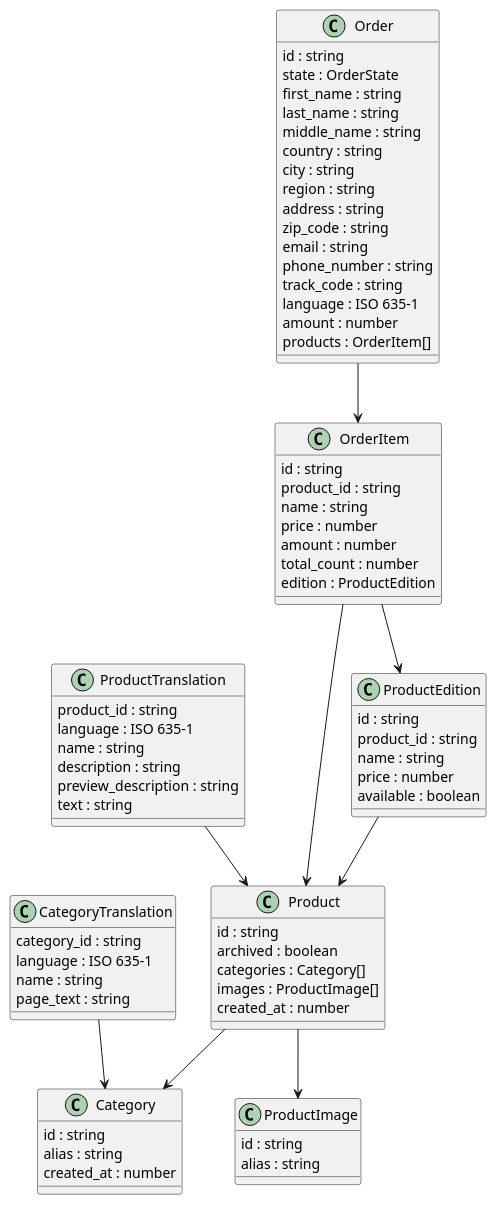
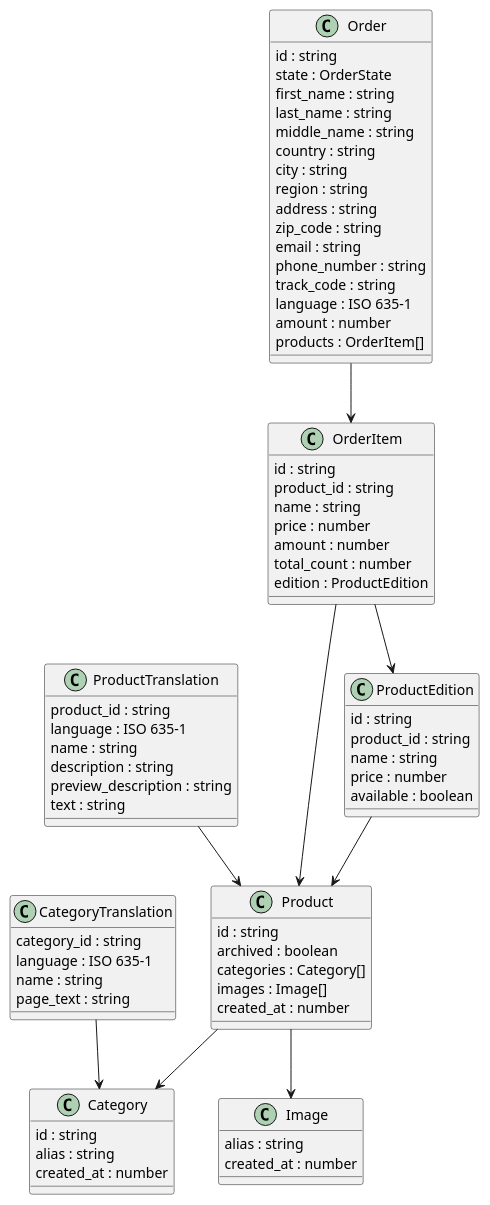
The diagram in docs/models.puml (async-devil/coffee-e-shop), drawn with PlantUML before and after one commit.

Commit message:
feat: update models doc

```diff
--- a/docs/models.puml
+++ b/docs/models.puml
@@ -1,83 +1,83 @@
 @startuml models
 
 class Product {
   id : string
   archived : boolean
   categories : Category[]
-  images : ProductImage[]
+  images : Image[]
   created_at : number
 }
 Product --> Category
-Product --> ProductImage
+Product --> Image
 
 class ProductTranslation {
   product_id : string
   language : ISO 635-1
   name : string
   description : string
   preview_description : string
   text : string
 }
 ProductTranslation --> Product
 
 class ProductEdition {
   id : string
   product_id : string
   name : string
   price : number
   available : boolean
 }
 ProductEdition --> Product
 
-class ProductImage {
-  id : string
+class Image {
   alias : string
+  created_at : number
 }
 
 class Category {
   id : string
   alias : string
   created_at : number
 }
 
 class CategoryTranslation {
   category_id : string
   language : ISO 635-1
   name : string
   page_text : string
 }
 CategoryTranslation --> Category
 
 class Order {
   id : string
   state : OrderState
   first_name : string
   last_name : string
   middle_name : string
   country : string
   city : string
   region : string
   address : string
   zip_code : string
   email : string
   phone_number : string
   track_code : string
   language : ISO 635-1
   amount : number
   products : OrderItem[]
 }
 Order --> OrderItem
 
 class OrderItem {
   id : string
   product_id : string
   name : string
   price : number
   amount : number
   total_count : number
   edition : ProductEdition
 }
 OrderItem --> Product
 OrderItem --> ProductEdition
 
 @enduml
```
